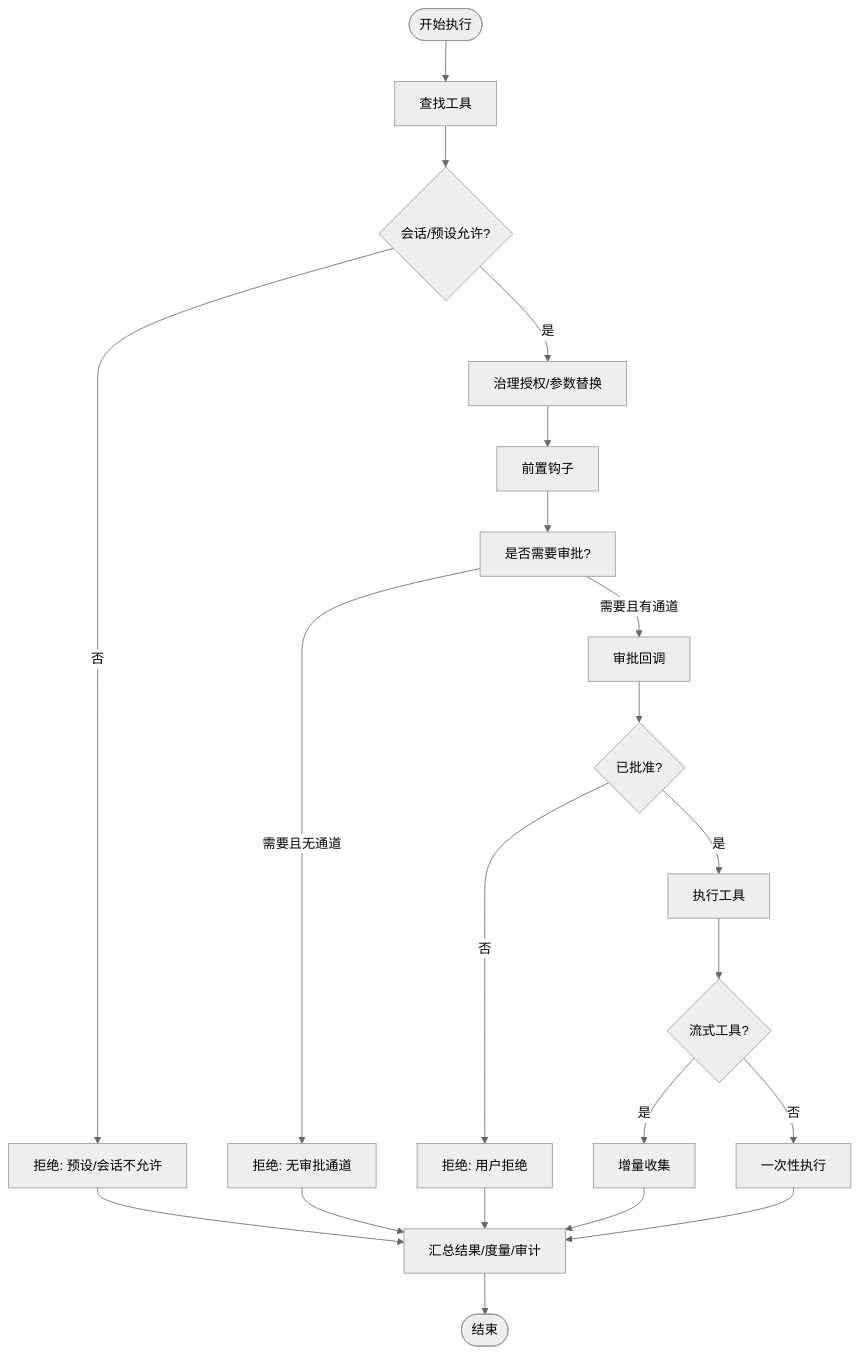
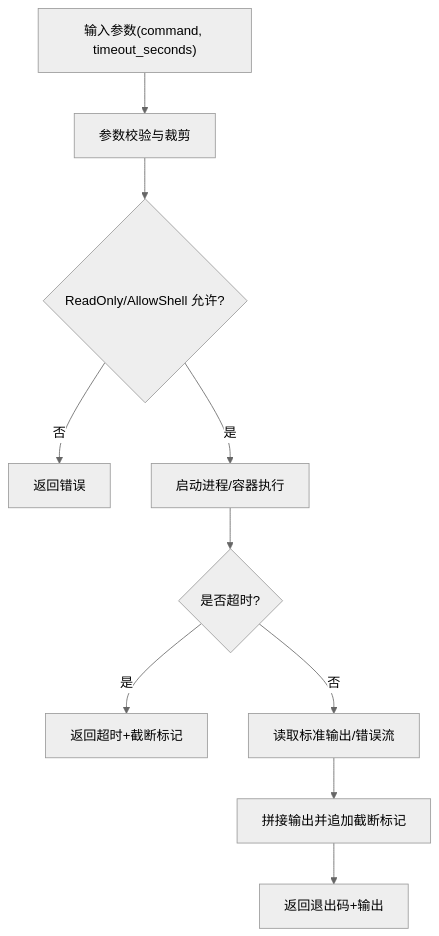
The fifth of 8 diagrams in .qoder/repowiki/zh/content/工具系统/工具系统.md (wayyet/kingcrab), drawn with Mermaid (neutral theme) before and after one commit. The commit also changed other lines of this file and 431 other files, not shown here.

````diff
--- a/.qoder/repowiki/zh/content/工具系统/工具系统.md
+++ b/.qoder/repowiki/zh/content/工具系统/工具系统.md
@@ -165,23 +252,12 @@
 ```mermaid
 flowchart TD
-Start(["开始执行"]) --> Lookup["查找工具"]
-Lookup --> Allowed{"会话/预设允许?"}
-Allowed --> |否| DenyPreset["拒绝: 预设/会话不允许"]
-Allowed --> |是| Govern["治理授权/参数替换"]
-Govern --> HookBefore["前置钩子"]
-HookBefore --> Approval["是否需要审批?"]
-Approval --> |需要且无通道| DenyApproval["拒绝: 无审批通道"]
-Approval --> |需要且有通道| AskApproval["审批回调"]
-AskApproval --> Approved{"已批准?"}
-Approved --> |否| DenyUser["拒绝: 用户拒绝"]
-Approved --> |是| Exec["执行工具"]
-Exec --> Stream{"流式工具?"}
-Stream --> |是| Collect["增量收集"]
-Stream --> |否| OneShot["一次性执行"]
-Collect --> Result["汇总结果/度量/审计"]
-OneShot --> Result
-DenyPreset --> Result
-DenyApproval --> Result
-DenyUser --> Result
-Result --> End(["结束"])
+A["输入参数(command, timeout_seconds)"] --> B["参数校验与裁剪"]
+B --> C{"ReadOnly/AllowShell 允许?"}
+C --> |否| E["返回错误"]
+C --> |是| D["启动进程/容器执行"]
+D --> F{"是否超时?"}
+F --> |是| G["返回超时+截断标记"]
+F --> |否| H["读取标准输出/错误流"]
+H --> I["拼接输出并追加截断标记"]
+I --> J["返回退出码+输出"]
 ```
````
